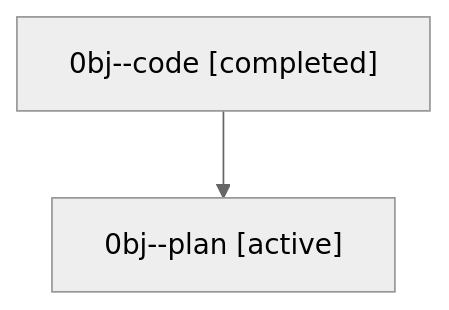
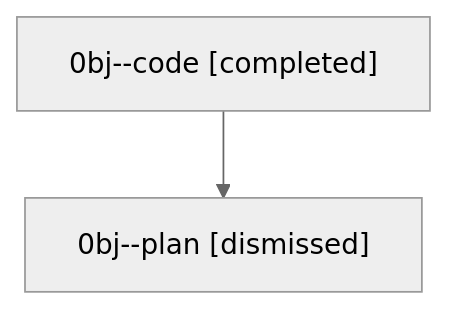
One commit to sase-org/sase--agents changed the diagram in sessions/bbugyi200.athena.0bj.md. Above: the diagram before and after it, drawn with Mermaid (neutral theme). The commit also changed other lines of this file and 29 other files, not shown here.

````diff
--- a/sessions/bbugyi200.athena.0bj.md
+++ b/sessions/bbugyi200.athena.0bj.md
@@ -9,6 +9,6 @@
 ```mermaid
 flowchart TD
   n0["0bj--code [completed]"]
-  n1["0bj--plan [active]"]
+  n1["0bj--plan [dismissed]"]
   n0 --> n1
 ```
````
